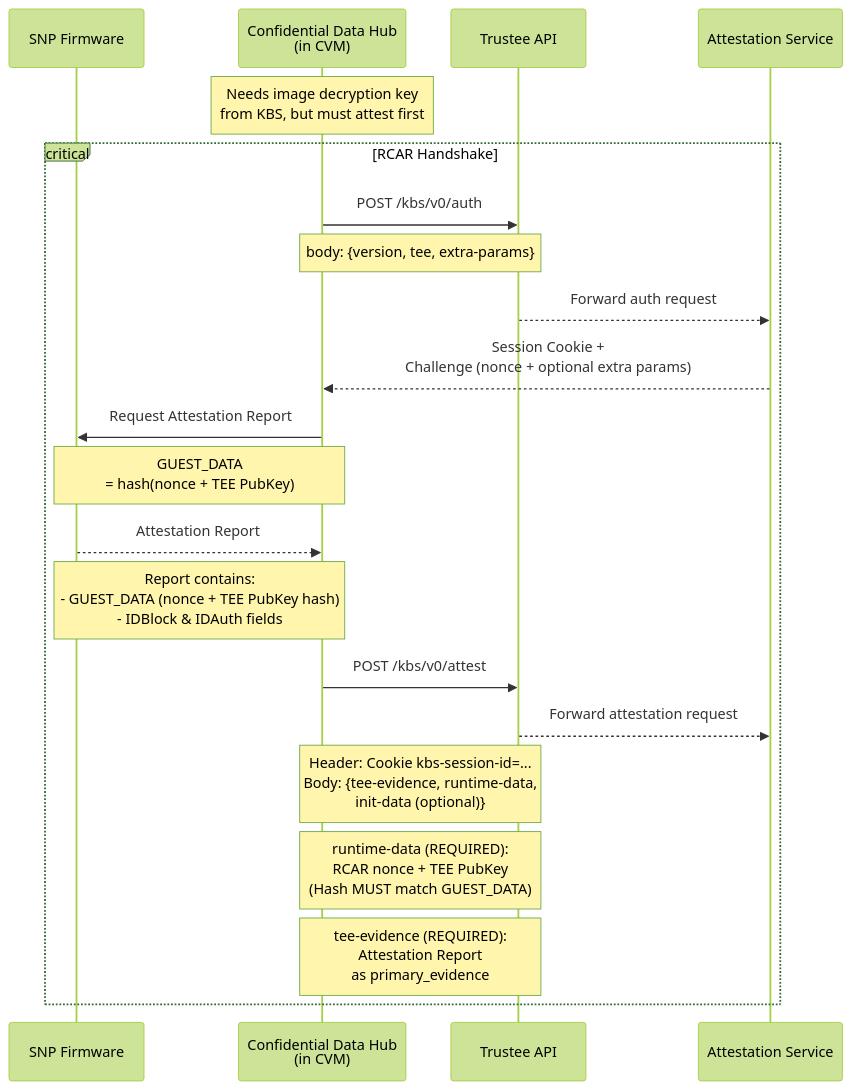
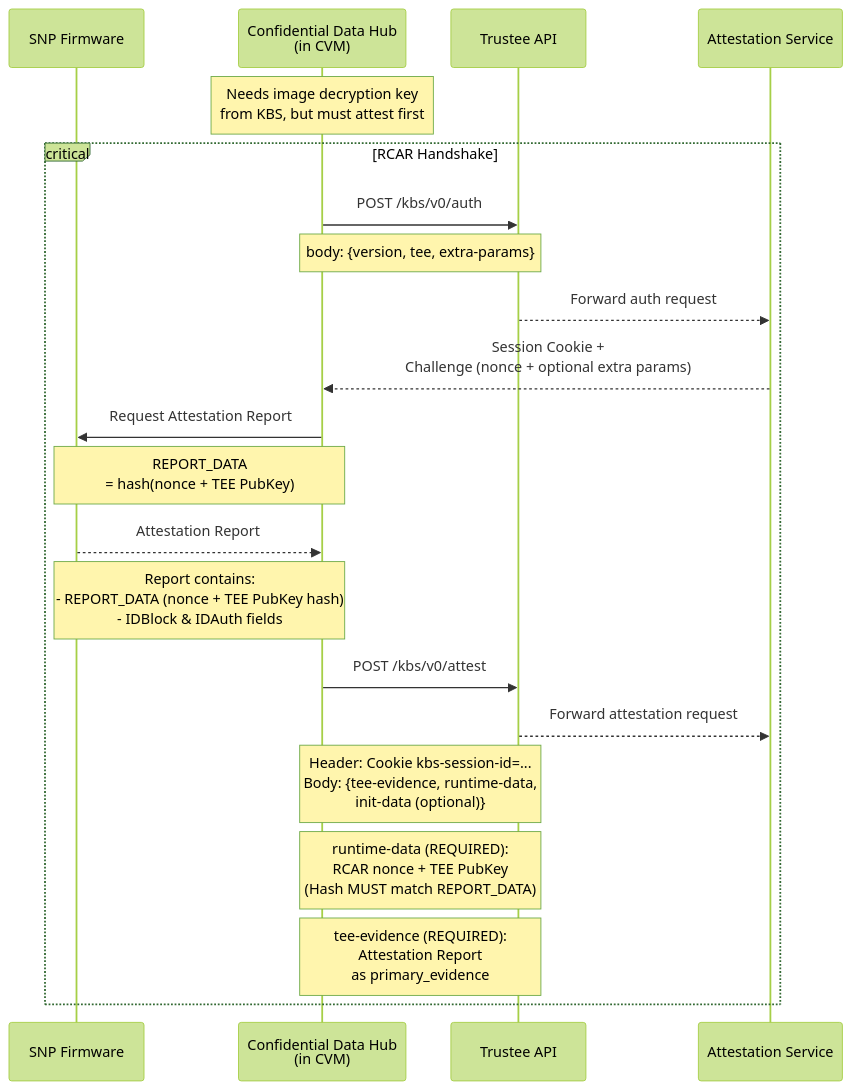
The fourth of 6 diagrams in kbs/src/plugins/implementations/sams/README.md (amd-cmaxwell/trustee), drawn with Mermaid (forest theme) before and after one commit. The commit also changed other lines of this file, not shown here.

Commit message:
fix typo: GUEST_DATA -> REPORT_DATA

````diff
--- a/kbs/src/plugins/implementations/sams/README.md
+++ b/kbs/src/plugins/implementations/sams/README.md
@@ -191,27 +191,27 @@
 ```mermaid
 sequenceDiagram
     participant fw as SNP Firmware
     participant cdh as Confidential Data Hub<br>(in CVM)
     participant api as Trustee API
     participant trustee_as as Attestation Service
 
     note over cdh: Needs image decryption key<br>from KBS, but must attest first
 
     critical RCAR Handshake
         cdh ->> api: POST /kbs/v0/auth
         note over cdh, api: body: {version, tee, extra-params}
         api -->> trustee_as: Forward auth request
         trustee_as -->> cdh: Session Cookie +<br>Challenge (nonce + optional extra params)
 
         cdh ->> fw: Request Attestation Report
-        note over cdh, fw: GUEST_DATA <br>= hash(nonce + TEE PubKey)
+        note over cdh, fw: REPORT_DATA <br>= hash(nonce + TEE PubKey)
         fw -->> cdh: Attestation Report
-        note over fw, cdh: Report contains:<br>- GUEST_DATA (nonce + TEE PubKey hash)<br>- IDBlock & IDAuth fields
+        note over fw, cdh: Report contains:<br>- REPORT_DATA (nonce + TEE PubKey hash)<br>- IDBlock & IDAuth fields
 
         cdh ->> api: POST /kbs/v0/attest
         api -->> trustee_as: Forward attestation request
         note over cdh, api: Header: Cookie kbs-session-id=...<br>Body: {tee-evidence, runtime-data,<br>init-data (optional)}
-        note over cdh, api: runtime-data (REQUIRED):<br>RCAR nonce + TEE PubKey<br>(Hash MUST match GUEST_DATA)
+        note over cdh, api: runtime-data (REQUIRED):<br>RCAR nonce + TEE PubKey<br>(Hash MUST match REPORT_DATA)
         note over cdh, api: tee-evidence (REQUIRED):<br>Attestation Report <br>as primary_evidence
     end
 ```
````
